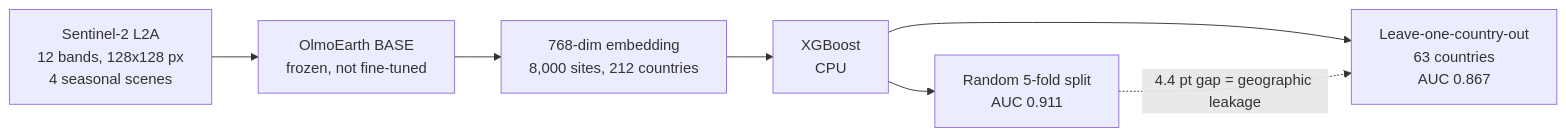
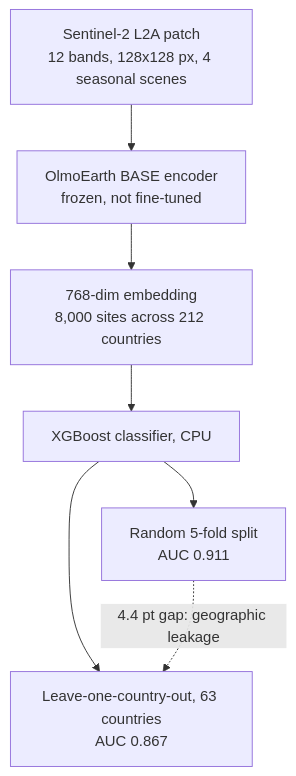
One commit to 2imi9/O3earth changed the diagram in README.md. Above: the diagram before and after it, drawn with Mermaid.

Commit message:
Switch pipeline diagram to top-down for legibility
The left-to-right flowchart rendered too wide on GitHub: the last node
sat under the zoom controls and label text was unreadable at page width.

````diff
--- a/README.md
+++ b/README.md
@@ -9,9 +9,13 @@
 ```mermaid
-flowchart LR
-  A["Sentinel-2 L2A<br/>12 bands, 128x128 px<br/>4 seasonal scenes"] --> B["OlmoEarth BASE<br/>frozen, not fine-tuned"]
-  B --> C["768-dim embedding<br/>8,000 sites, 212 countries"]
-  C --> D["XGBoost<br/>CPU"]
-  D --> E["Random 5-fold split<br/>AUC 0.911"]
-  D --> F["Leave-one-country-out<br/>63 countries<br/>AUC 0.867"]
-  E -.->|"4.4 pt gap = geographic leakage"| F
+flowchart TD
+  A["Sentinel-2 L2A patch<br/>12 bands, 128x128 px, 4 seasonal scenes"]
+  B["OlmoEarth BASE encoder<br/>frozen, not fine-tuned"]
+  C["768-dim embedding<br/>8,000 sites across 212 countries"]
+  D["XGBoost classifier, CPU"]
+  E["Random 5-fold split<br/>AUC 0.911"]
+  F["Leave-one-country-out, 63 countries<br/>AUC 0.867"]
+  A --> B --> C --> D
+  D --> E
+  D --> F
+  E -.->|"4.4 pt gap: geographic leakage"| F
 ```
````
